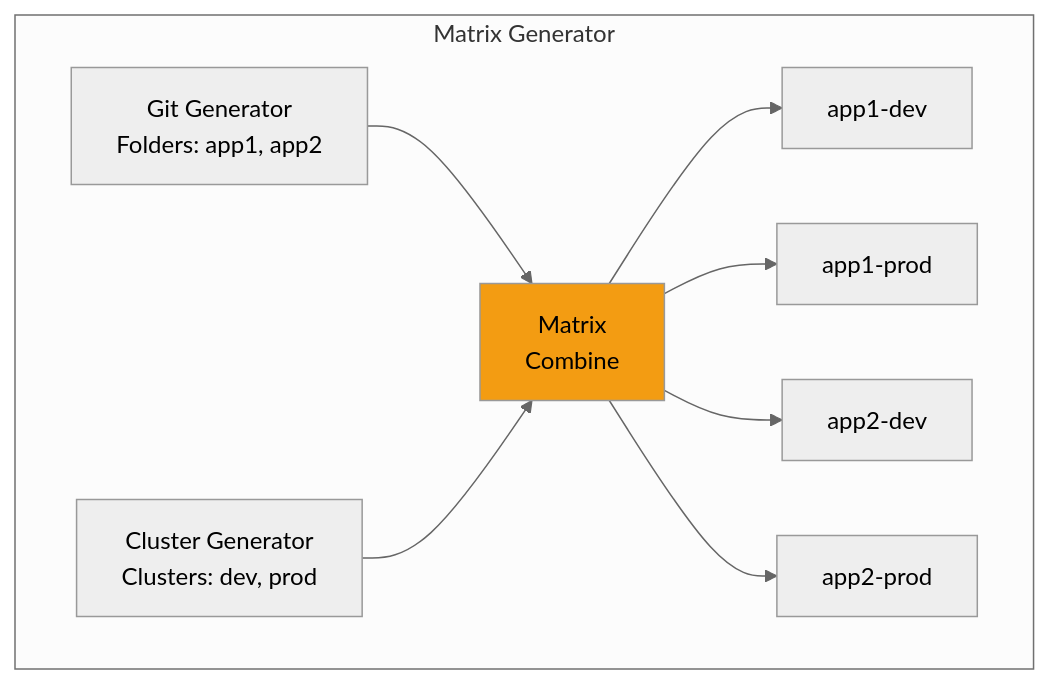
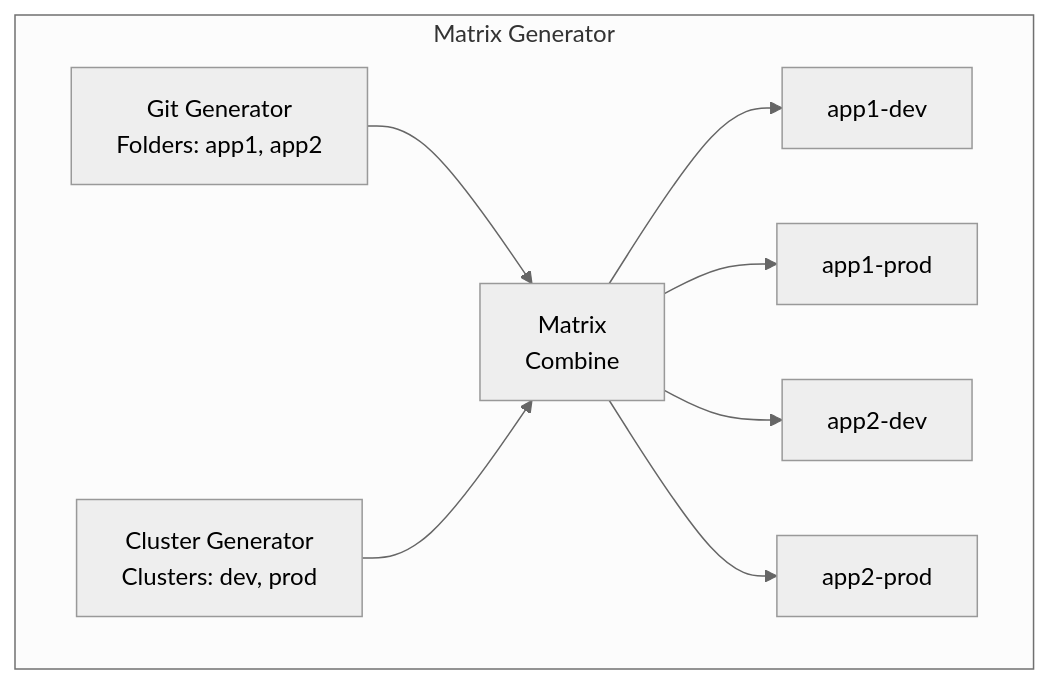
The fifth of 12 diagrams in docs/cicd/week6-argocd-final.md (juwon8891/juwon8891.github.io), drawn with Mermaid (neutral theme) before and after one commit. The commit also changed other lines of this file and 18 other files, not shown here.

Commit message:
Remove bright colors from Mermaid diagrams for dark mode compatibility

````diff
--- a/docs/cicd/week6-argocd-final.md
+++ b/docs/cicd/week6-argocd-final.md
@@ -587,19 +579,18 @@
 ```mermaid
 graph TB
     subgraph "Matrix Generator"
         G1[Git Generator<br/>Folders: app1, app2]
         G2[Cluster Generator<br/>Clusters: dev, prod]
 
         M[Matrix<br/>Combine]
 
         G1 --> M
         G2 --> M
 
         M --> A1[app1-dev]
         M --> A2[app1-prod]
         M --> A3[app2-dev]
         M --> A4[app2-prod]
     end
 
-    style M fill:#F39C12
 ```
````
